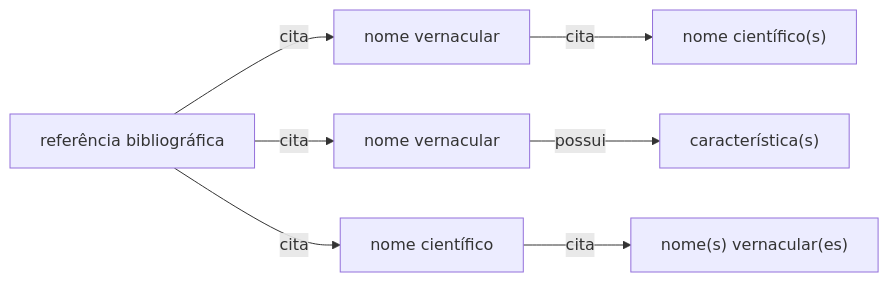
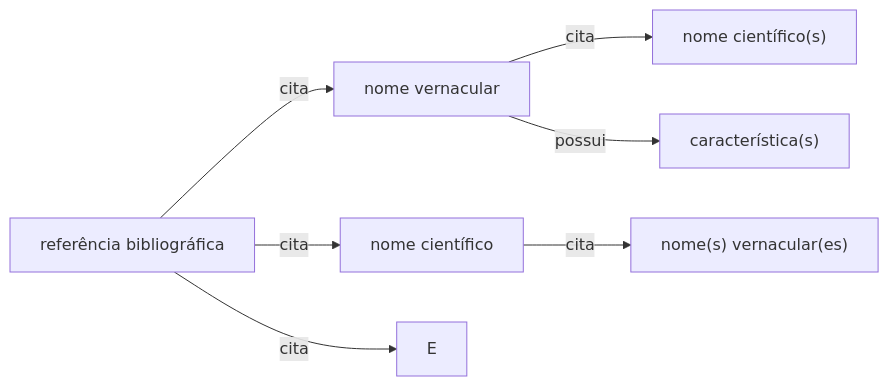
Before and after one commit to edalcin/Estrutura-de-Dados-Etnobotanicos: the diagram in README.md, drawn with Mermaid.

````diff
--- a/README.md
+++ b/README.md
@@ -9,9 +9,9 @@
 ```mermaid
 flowchart LR
     1[referência bibliográfica] --cita--> A
     1 --cita--> C
     1 --cita--> E
-    E[nome científico] -- cita --> F["nome(s) vernacular(es)"]
+    C[nome científico] -- cita --> D["nome(s) vernacular(es)"]
     A[nome vernacular] -- cita --> B["nome científico(s)"]
-    C[nome vernacular] -- possui --> D["característica(s)"]
+    A -- possui --> F["característica(s)"]
 ```
````
